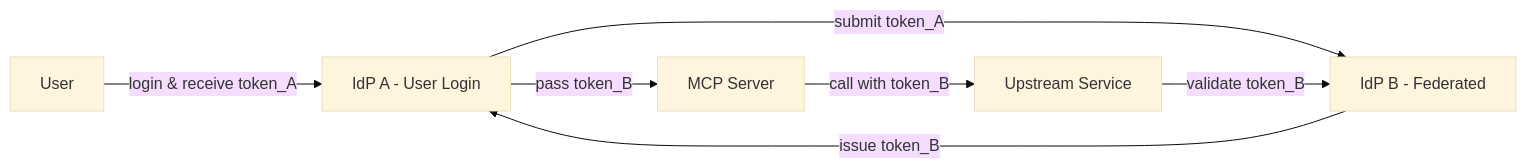
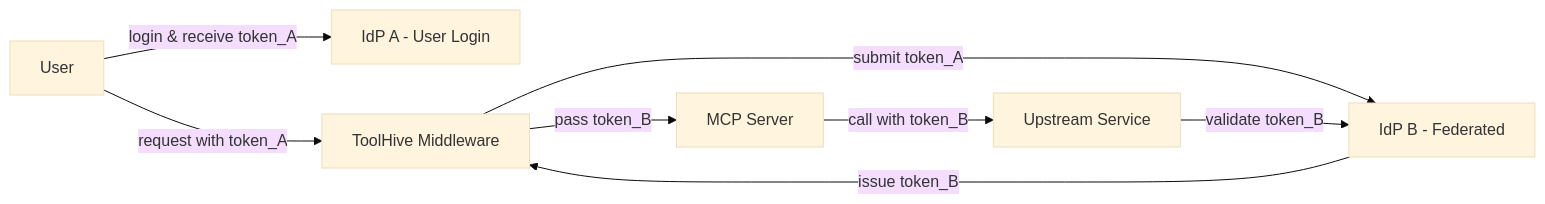
One commit to stacklok/docs-website changed the second of 3 diagrams in docs/toolhive/concepts/backend-auth.mdx. Above: the diagram before and after it, drawn with Mermaid (base theme). The commit also changed other lines of this file, not shown here.

````diff
--- a/docs/toolhive/concepts/backend-auth.mdx
+++ b/docs/toolhive/concepts/backend-auth.mdx
@@ -113,15 +116,17 @@
 ```mermaid
 flowchart LR
     User[User]
     IDP1[IdP A - User Login]
+    ToolHive[ToolHive Middleware]
     IDP2[IdP B - Federated]
     MCP[MCP Server]
     Upstream[Upstream Service]
 
     User -->|login & receive token_A| IDP1
-    IDP1 -->|submit token_A| IDP2
-    IDP2 -->|issue token_B| IDP1
-    IDP1 -->|pass token_B| MCP
+    User -->|request with token_A| ToolHive
+    ToolHive -->|submit token_A| IDP2
+    IDP2 -->|issue token_B| ToolHive
+    ToolHive -->|pass token_B| MCP
     MCP -->|call with token_B| Upstream
     Upstream -->|validate token_B| IDP2
 ```
````
